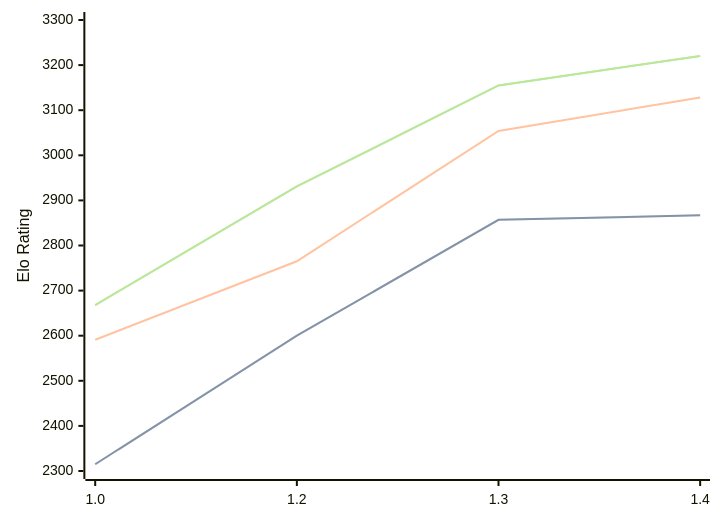
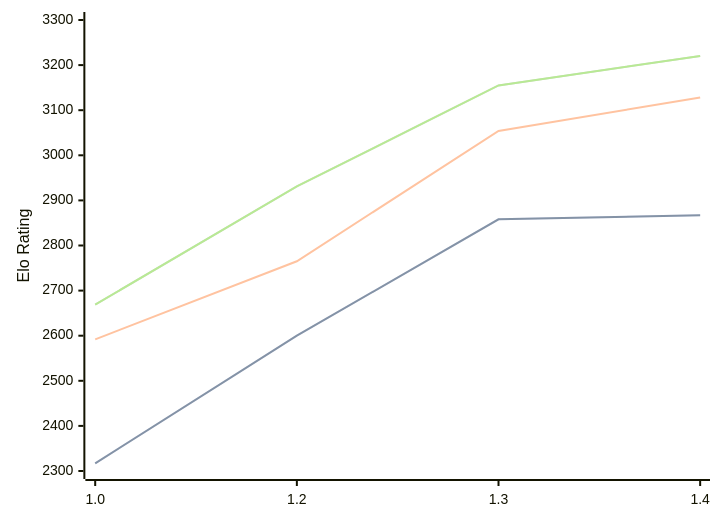
The first of 3 diagrams in engines/Chessnix.md (computer-chess-index/cci), drawn with Mermaid before and after one commit. The commit also changed other lines of this file, not shown here.

Commit message:
Update CCI Ratings (ELO VLTC) - 2026-07-08

````diff
--- a/engines/Chessnix.md
+++ b/engines/Chessnix.md
@@ -36,11 +36,11 @@
 ```mermaid
 %%{init: {"theme":"base","themeVariables":{"seriesColors:['#a3a3a3','#222221','#faa371']}}}%%
 xychart-beta
   x-axis ["1.0", "1.2", "1.3", "1.4"]
   y-axis "Elo Rating" 2300 --> 3300
-  line "STC (8.0+0.08s)" [2315, 2600, 2857, 2867]
-  line "STC (8.0+0.08s)" [2315, 2600, 2857, 2867]
-  line "LTC (60.0+0.60s)" [2591, 2765, 3054, 3128]
-  line "VLTC (2m24s+1.12s)" [2668, 2931, 3155, 3220]
-  line "VLTC (2m24s+1.12s)" [2668, 2931, 3155, 3220]
+  line "STC (8.0+0.08s)" [2317, 2600, 2858, 2867]
+  line "STC (8.0+0.08s)" [2317, 2600, 2858, 2867]
+  line "LTC (60.0+0.60s)" [2592, 2765, 3054, 3128]
+  line "VLTC (2m24s+1.12s)" [2669, 2931, 3155, 3220]
+  line "VLTC (2m24s+1.12s)" [2669, 2931, 3155, 3220]
 ```
````
